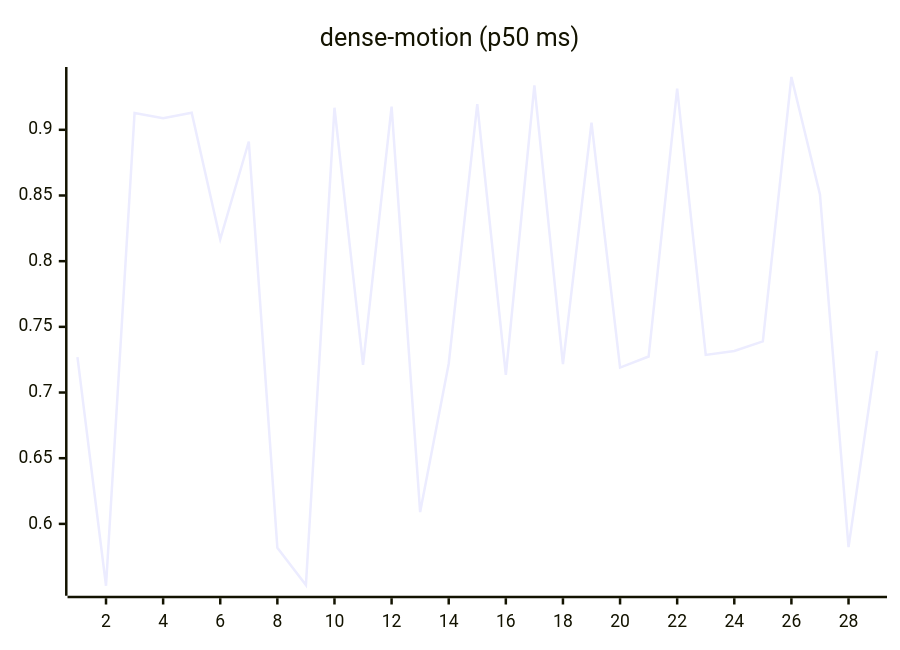
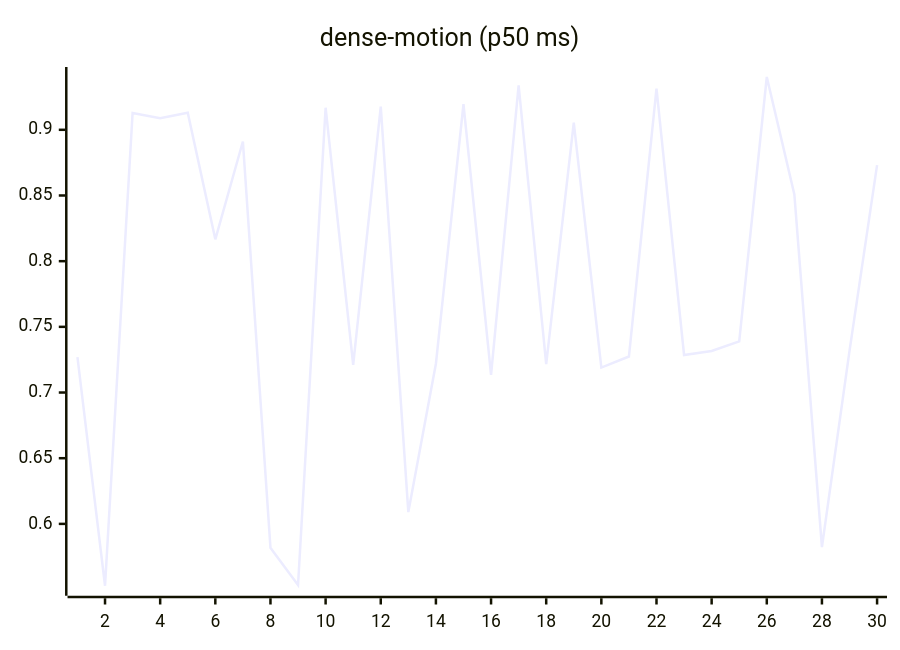
The ninth of 27 diagrams in README.md (josha/Facet), drawn with Mermaid before and after one commit. The commit also changed other lines of this file and 2 other files, not shown here.

````diff
--- a/README.md
+++ b/README.md
@@ -119,6 +119,6 @@
 ```mermaid
 xychart-beta
     title "dense-motion (p50 ms)"
-    x-axis 1 --> 29
-    line [0.7269, 0.5529, 0.9128, 0.9089, 0.9130, 0.8166, 0.8911, 0.5818, 0.5534, 0.9168, 0.7211, 0.9177, 0.6090, 0.7219, 0.9196, 0.7134, 0.9338, 0.7216, 0.9055, 0.7190, 0.7274, 0.9314, 0.7286, 0.7316, 0.7389, 0.9402, 0.8508, 0.5823, 0.7317]
+    x-axis 1 --> 30
+    line [0.7269, 0.5529, 0.9128, 0.9089, 0.9130, 0.8166, 0.8911, 0.5818, 0.5534, 0.9168, 0.7211, 0.9177, 0.6090, 0.7219, 0.9196, 0.7134, 0.9338, 0.7216, 0.9055, 0.7190, 0.7274, 0.9314, 0.7286, 0.7316, 0.7389, 0.9402, 0.8508, 0.5823, 0.7317, 0.8731]
 ```
````
